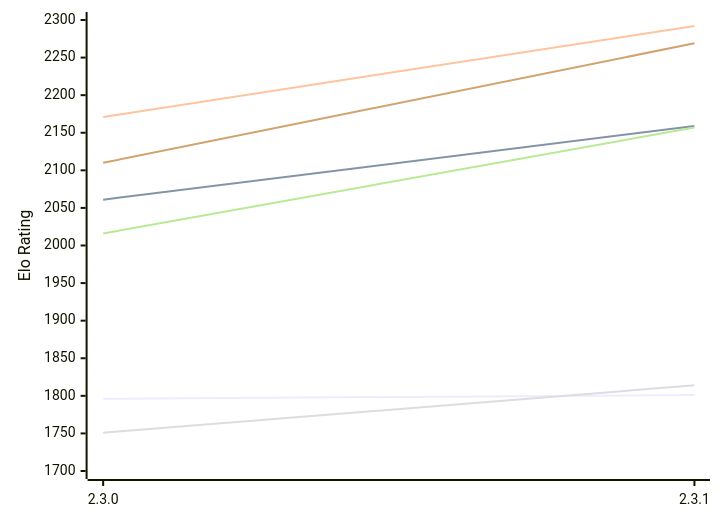
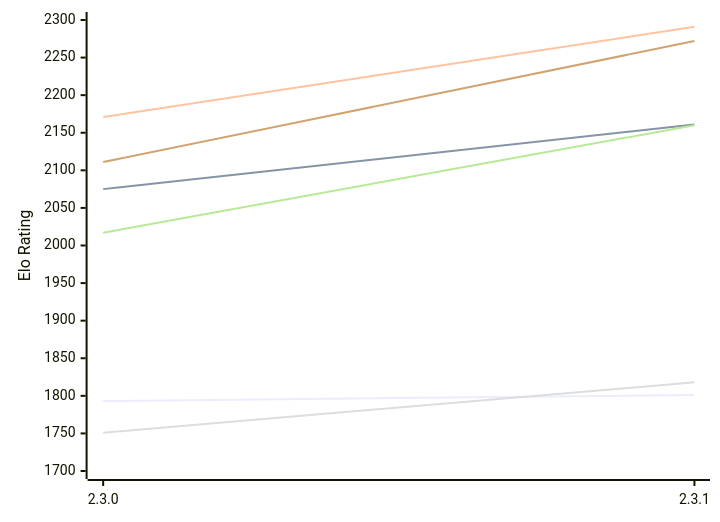
The first of 2 diagrams in engines/Kreveta.md (computer-chess-index/cci), drawn with Mermaid before and after one commit. The commit also changed other lines of this file, not shown here.

Commit message:
Update CCI Ratings (ELO VLTC) - 2026-11-27

````diff
--- a/engines/Kreveta.md
+++ b/engines/Kreveta.md
@@ -59,12 +59,12 @@
 ```mermaid
 %%{init: {"theme":"base","themeVariables":{"seriesColors:['#a3a3a3','#222221','#faa371']}}}%%
 xychart-beta
   x-axis ["2.3.0", "2.3.1"]
   y-axis "Elo Rating" 1700 --> 2300
-  line "E1: STC (8.0+0.08s)" [1796, 1801]
-  line "E1: LTC (60.0+0.60s)" [2061, 2159]
-  line "E1: VLTC (2m24s+1.12s)" [2171, 2292]
-  line "P1: STC (8.0+0.08s)" [1751, 1814]
-  line "P1: LTC (60.0+0.60s)" [2016, 2157]
-  line "P1: VLTC (2m24s+1.12s)" [2110, 2269]
+  line "E1: STC (8.0+0.08s)" [1793, 1801]
+  line "E1: LTC (60.0+0.60s)" [2075, 2161]
+  line "E1: VLTC (2m24s+1.12s)" [2171, 2291]
+  line "P1: STC (8.0+0.08s)" [1751, 1818]
+  line "P1: LTC (60.0+0.60s)" [2017, 2160]
+  line "P1: VLTC (2m24s+1.12s)" [2111, 2272]
 ```
````
